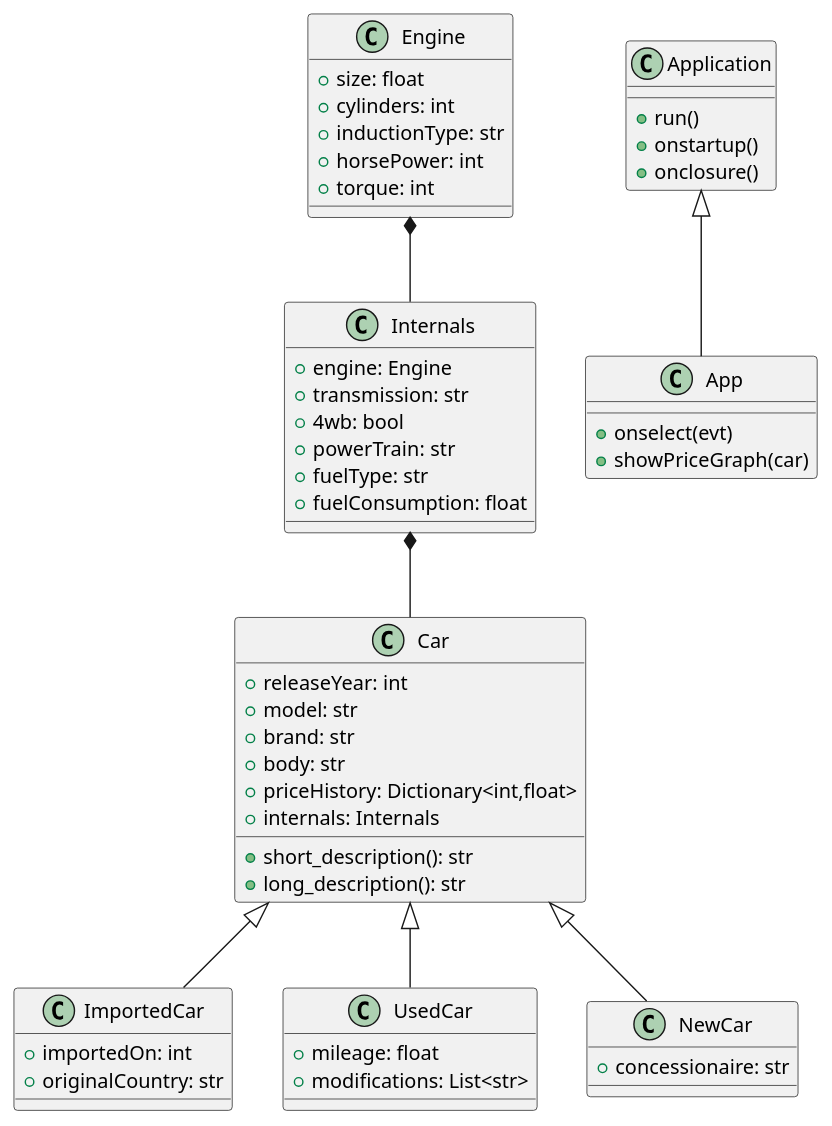
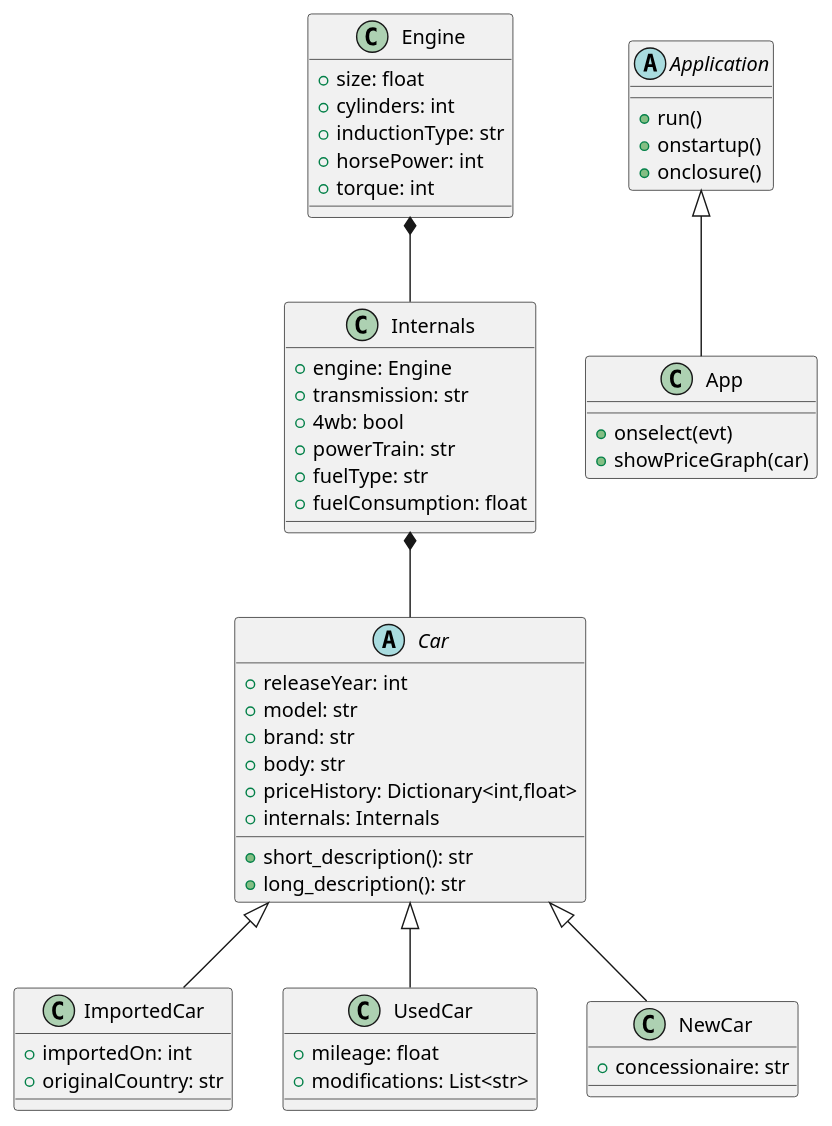
Before and after one commit to ooplata/carpedia: the diagram in Carpedia.puml, drawn with PlantUML.

Commit message:
Added abstract class markers to UML

```diff
--- a/Carpedia.puml
+++ b/Carpedia.puml
@@ -1,58 +1,58 @@
 @startuml Project
 class ImportedCar extends Car {
     +importedOn: int
     +originalCountry: str
 }
 
 class UsedCar extends Car {
     +mileage: float
     +modifications: List<str>
 }
 
 class NewCar extends Car {
     +concessionaire: str
 }
 
 Engine *-- Internals
 Internals *-- Car
 
-class Car {
+abstract class Car {
     +releaseYear: int
     +model: str
     +brand: str
     +body: str
     +priceHistory: Dictionary<int,float>
     +internals: Internals
 
     +short_description(): str
     +long_description(): str
 }
 
 class Internals {
     +engine: Engine
     +transmission: str
     +4wb: bool
     +powerTrain: str
     +fuelType: str
     +fuelConsumption: float
 }
 
 class Engine {
     +size: float
     +cylinders: int
     +inductionType: str
     +horsePower: int
     +torque: int
 }
 
-class Application {
+abstract class Application {
     +run()
     +onstartup()
     +onclosure()
 }
 
 class App extends Application {
     +onselect(evt)
     +showPriceGraph(car)
 }
 @enduml
```
